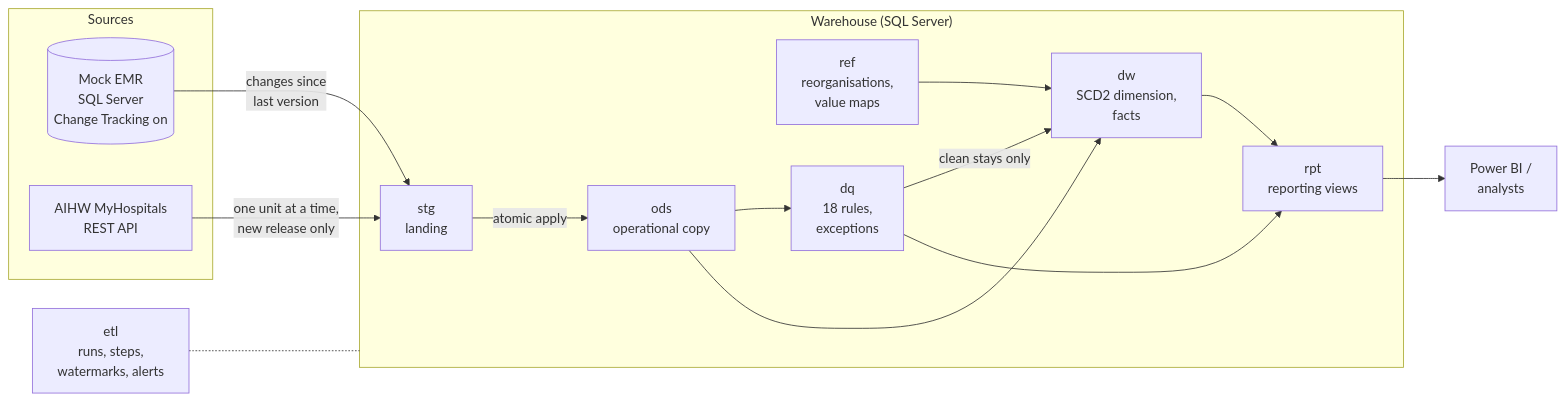
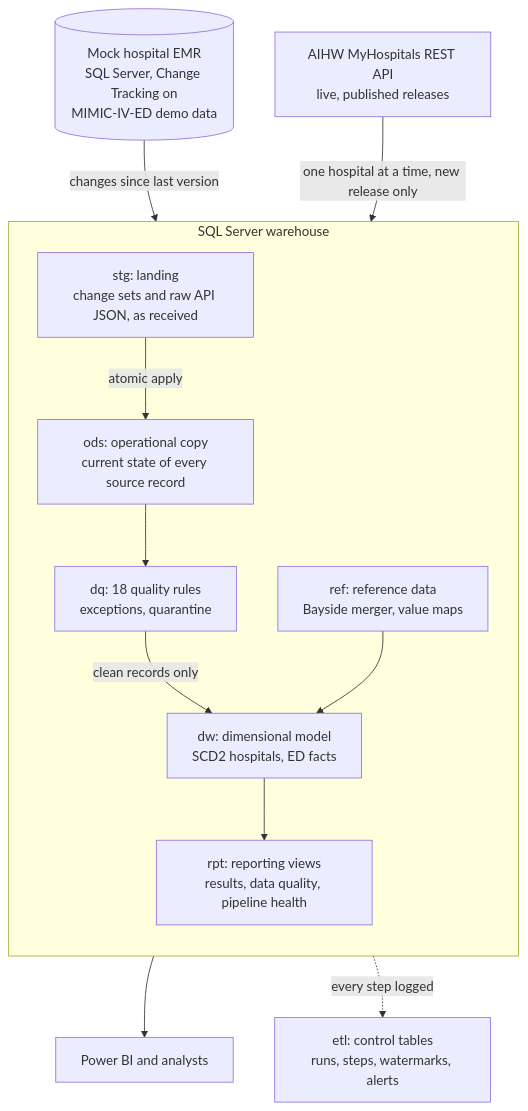
The diagram in README.md (anson4747/ed-data-integration-pipeline), drawn with Mermaid before and after one commit.

Commit message:
README: top to bottom architecture diagram that reads at page width

````diff
--- a/README.md
+++ b/README.md
@@ -66,31 +66,28 @@
 ```mermaid
-flowchart LR
-    subgraph SRC["Sources"]
-        EMR[("Mock EMR<br/>SQL Server<br/>Change Tracking on")]
-        API["AIHW MyHospitals<br/>REST API"]
+flowchart TB
+    EMR[("Mock hospital EMR<br/>SQL Server, Change Tracking on<br/>MIMIC-IV-ED demo data")]
+    API["AIHW MyHospitals REST API<br/>live, published releases"]
+
+    subgraph EDW["SQL Server warehouse"]
+        direction TB
+        STG["stg: landing<br/>change sets and raw API JSON, as received"]
+        ODS["ods: operational copy<br/>current state of every source record"]
+        DQ["dq: 18 quality rules<br/>exceptions, quarantine"]
+        REF["ref: reference data<br/>Bayside merger, value maps"]
+        DW["dw: dimensional model<br/>SCD2 hospitals, ED facts"]
+        RPT["rpt: reporting views<br/>results, data quality, pipeline health"]
+        STG -->|"atomic apply"| ODS
+        ODS --> DQ
+        DQ -->|"clean records only"| DW
+        REF --> DW
+        DW --> RPT
     end
 
-    subgraph EDW["Warehouse (SQL Server)"]
-        STG["stg<br/>landing"]
-        ODS["ods<br/>operational copy"]
-        REF["ref<br/>reorganisations,<br/>value maps"]
-        DQ["dq<br/>18 rules,<br/>exceptions"]
-        DW["dw<br/>SCD2 dimension,<br/>facts"]
-        RPT["rpt<br/>reporting views"]
-    end
+    ETL["etl: control tables<br/>runs, steps, watermarks, alerts"]
+    BI["Power BI and analysts"]
 
-    ETL["etl<br/>runs, steps,<br/>watermarks, alerts"]
-    BI["Power BI /<br/>analysts"]
-
-    EMR -->|"changes since<br/>last version"| STG
-    API -->|"one unit at a time,<br/>new release only"| STG
-    STG -->|"atomic apply"| ODS
-    ODS --> DQ
-    DQ -->|"clean stays only"| DW
-    REF --> DW
-    ODS --> DW
-    DW --> RPT
-    DQ --> RPT
+    EMR -->|"changes since last version"| STG
+    API -->|"one hospital at a time, new release only"| STG
     RPT --> BI
-    ETL -.- EDW
+    EDW -.->|"every step logged"| ETL
 ```
````
